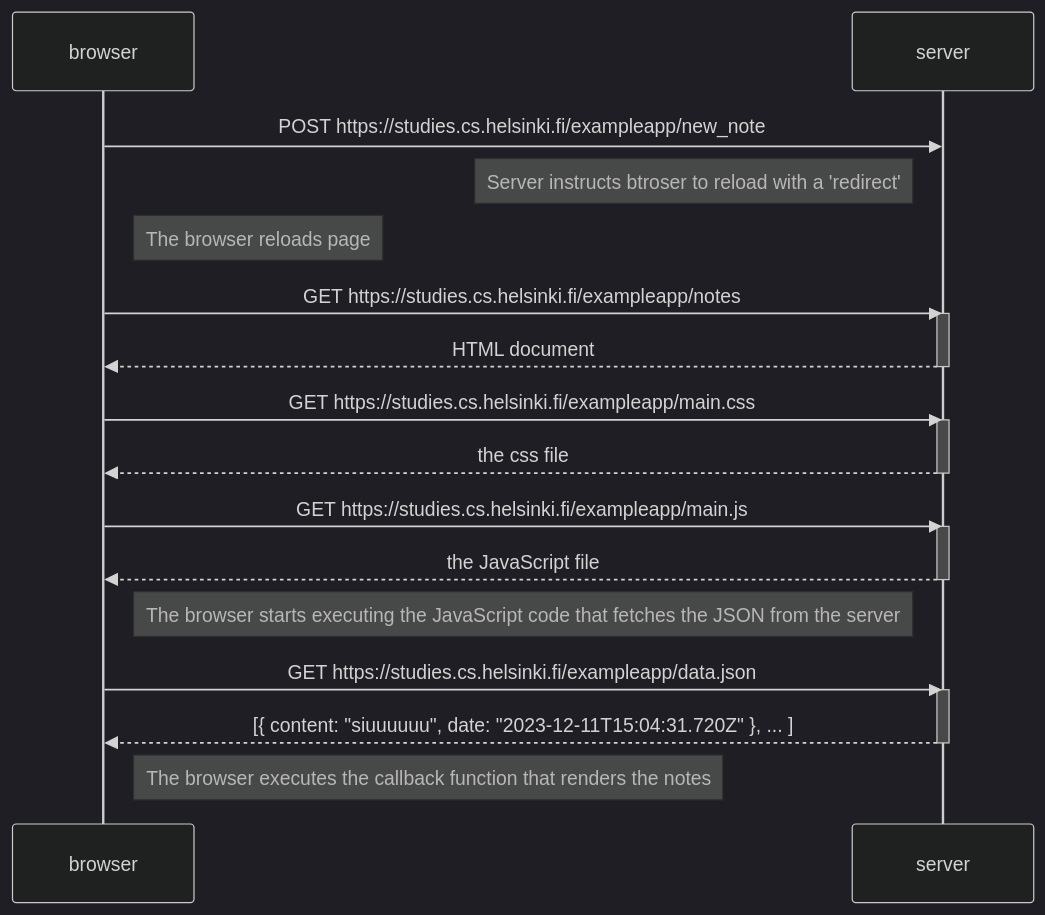
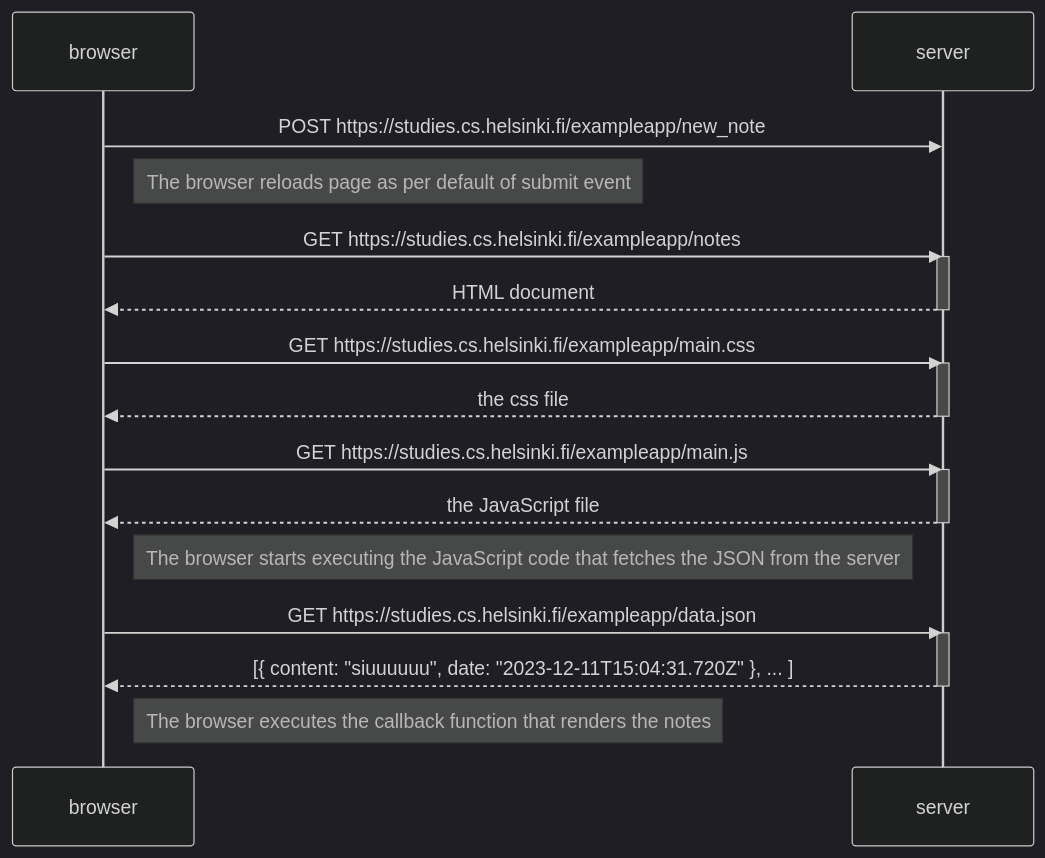
Before and after one commit to setl1n/Fullstack-Open: the diagram in part0/part04.md, drawn with Mermaid (dark theme).

Commit message:
part04 redo

````diff
--- a/part0/part04.md
+++ b/part0/part04.md
@@ -1,33 +1,32 @@
 ```mermaid
 sequenceDiagram
     participant browser
     participant server
 
     browser->>server: POST https://studies.cs.helsinki.fi/exampleapp/new_note
-    Note left of server: Server instructs btroser to reload with a 'redirect'
-    Note right of browser: The browser reloads page
+    Note right of browser: The browser reloads page as per default of submit event
 
     browser->>server: GET https://studies.cs.helsinki.fi/exampleapp/notes
     activate server
     server-->>browser: HTML document
     deactivate server
 
     browser->>server: GET https://studies.cs.helsinki.fi/exampleapp/main.css
     activate server
     server-->>browser: the css file
     deactivate server
 
     browser->>server: GET https://studies.cs.helsinki.fi/exampleapp/main.js
     activate server
     server-->>browser: the JavaScript file
     deactivate server
 
     Note right of browser: The browser starts executing the JavaScript code that fetches the JSON from the server
 
     browser->>server: GET https://studies.cs.helsinki.fi/exampleapp/data.json
     activate server
     server-->>browser: [{ content: "siuuuuuu", date: "2023-12-11T15:04:31.720Z" }, ... ]
     deactivate server
 
     Note right of browser: The browser executes the callback function that renders the notes
 ```
````
